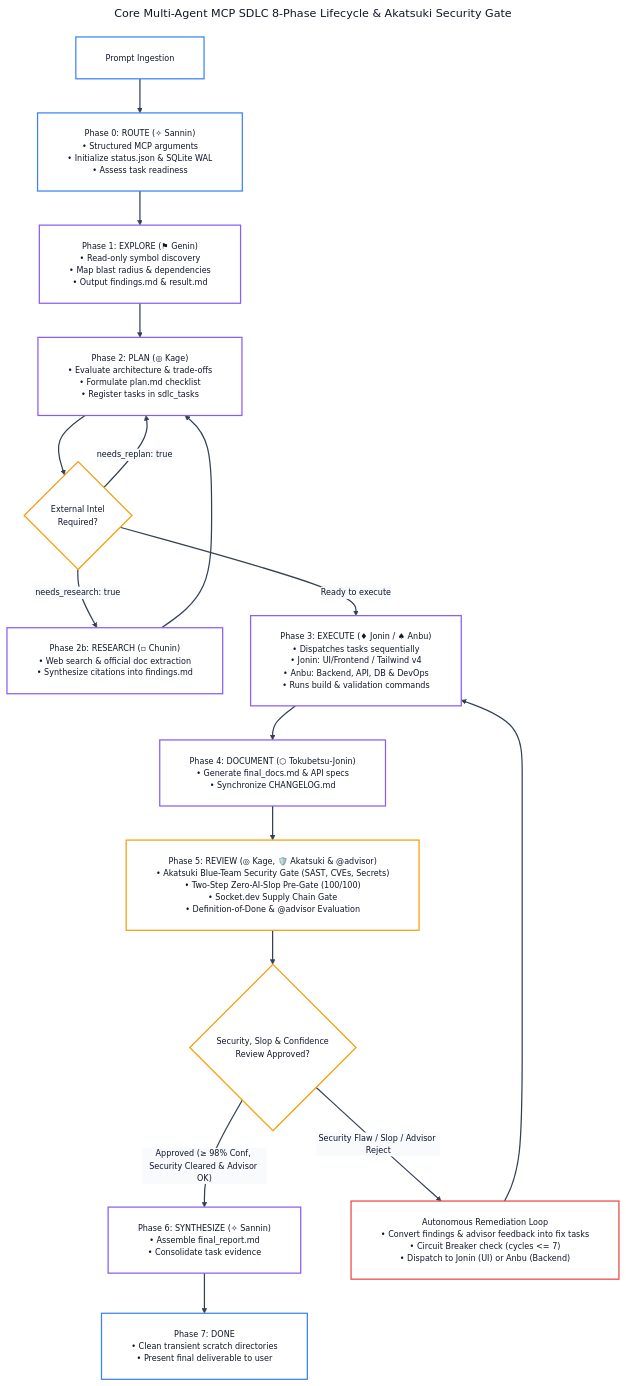
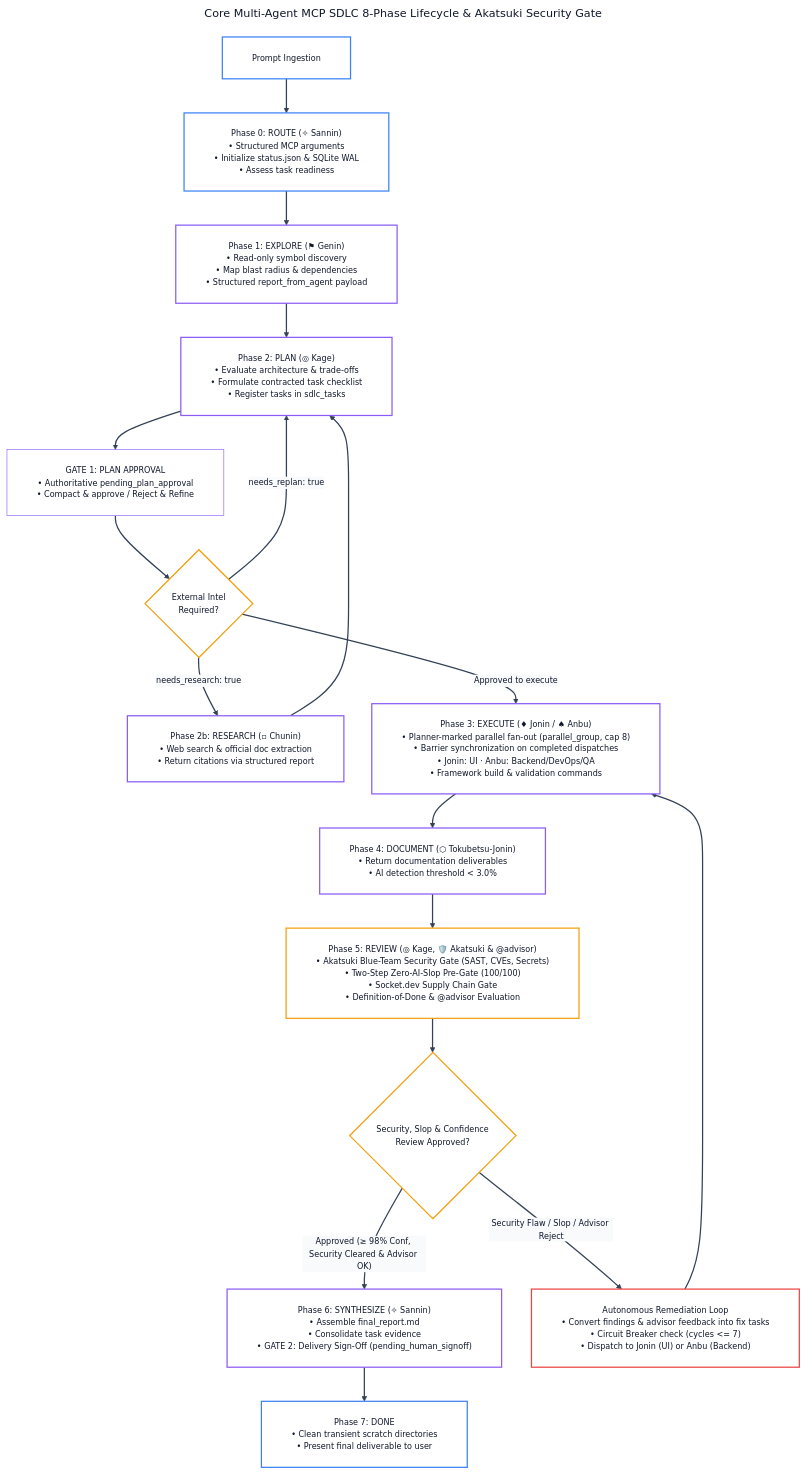
Before and after one commit to andycungkrinx91/konoha: the second of 15 diagrams in docs/ALL-WORKFLOW-DIAGRAMS.md, drawn with Mermaid. The commit also changed 21 other files, not shown here.

Commit message:
chore(release): v2.2.15 - SDLC structured delegation cutover, prompt compaction, and test suite audit

````diff
--- a/docs/ALL-WORKFLOW-DIAGRAMS.md
+++ b/docs/ALL-WORKFLOW-DIAGRAMS.md
@@ -110,58 +110,59 @@
 ```mermaid
 ---
 title: Core Multi-Agent MCP SDLC 8-Phase Lifecycle & Akatsuki Security Gate
 config:
   theme: base
   themeVariables:
     darkMode: false
     background: '#ffffff'
     mainBkg: '#ffffff'
     primaryColor: '#ffffff'
     primaryTextColor: '#0f172a'
     primaryBorderColor: '#8b5cf6'
     lineColor: '#334155'
     arrowheadColor: '#334155'
     secondaryColor: '#f8fafc'
     tertiaryColor: '#ffffff'
     fontFamily: 'Inter, system-ui, -apple-system, sans-serif'
     fontSize: '13px'
   flowchart:
     nodeSpacing: 45
     rankSpacing: 55
     padding: 24
     wrappingWidth: 380
 ---
 flowchart TD
     Init["Prompt Ingestion"] --> Phase0["Phase 0: ROUTE (✧ Sannin)<br/>• Structured MCP arguments<br/>• Initialize status.json &amp; SQLite WAL<br/>• Assess task readiness"]
-    Phase0 --> Phase1["Phase 1: EXPLORE (⚑ Genin)<br/>• Read-only symbol discovery<br/>• Map blast radius &amp; dependencies<br/>• Output findings.md &amp; result.md"]
-    Phase1 --> Phase2["Phase 2: PLAN (◎ Kage)<br/>• Evaluate architecture &amp; trade-offs<br/>• Formulate plan.md checklist<br/>• Register tasks in sdlc_tasks"]
+    Phase0 --> Phase1["Phase 1: EXPLORE (⚑ Genin)<br/>• Read-only symbol discovery<br/>• Map blast radius &amp; dependencies<br/>• Structured report_from_agent payload"]
+    Phase1 --> Phase2["Phase 2: PLAN (◎ Kage)<br/>• Evaluate architecture &amp; trade-offs<br/>• Formulate contracted task checklist<br/>• Register tasks in sdlc_tasks"]
 
-    Phase2 --> CheckResearch{"External Intel<br/>Required?"}
-    CheckResearch -- "needs_research: true" --> Phase2b["Phase 2b: RESEARCH (▫ Chunin)<br/>• Web search &amp; official doc extraction<br/>• Synthesize citations into findings.md"]
+    Phase2 --> Gate1["GATE 1: PLAN APPROVAL<br/>• Authoritative pending_plan_approval<br/>• Compact &amp; approve / Reject &amp; Refine"]
+    Gate1 --> CheckResearch{"External Intel<br/>Required?"}
+    CheckResearch -- "needs_research: true" --> Phase2b["Phase 2b: RESEARCH (▫ Chunin)<br/>• Web search &amp; official doc extraction<br/>• Return citations via structured report"]
     Phase2b --> Phase2
     CheckResearch -- "needs_replan: true" --> Phase2
-    CheckResearch -- "Ready to execute" --> Phase3["Phase 3: EXECUTE (♦ Jonin / ♠ Anbu)<br/>• Dispatches tasks sequentially<br/>• Jonin: UI/Frontend / Tailwind v4<br/>• Anbu: Backend, API, DB &amp; DevOps<br/>• Runs build &amp; validation commands"]
+    CheckResearch -- "Approved to execute" --> Phase3["Phase 3: EXECUTE (♦ Jonin / ♠ Anbu)<br/>• Planner-marked parallel fan-out (parallel_group, cap 8)<br/>• Barrier synchronization on completed dispatches<br/>• Jonin: UI · Anbu: Backend/DevOps/QA<br/>• Framework build &amp; validation commands"]
 
-    Phase3 --> Phase4["Phase 4: DOCUMENT (⬡ Tokubetsu-Jonin)<br/>• Generate final_docs.md &amp; API specs<br/>• Synchronize CHANGELOG.md"]
+    Phase3 --> Phase4["Phase 4: DOCUMENT (⬡ Tokubetsu-Jonin)<br/>• Return documentation deliverables<br/>• AI detection threshold &lt; 3.0%"]
     Phase4 --> Phase5["Phase 5: REVIEW (◎ Kage, 🛡️ Akatsuki &amp; @advisor)<br/>• Akatsuki Blue-Team Security Gate (SAST, CVEs, Secrets)<br/>• Two-Step Zero-AI-Slop Pre-Gate (100/100)<br/>• Socket.dev Supply Chain Gate<br/>• Definition-of-Done &amp; @advisor Evaluation"]
 
     Phase5 --> CheckReview{"Security, Slop &amp; Confidence<br/>Review Approved?"}
-    CheckReview -- "Approved (≥ 98% Conf, Security Cleared &amp; Advisor OK)" --> Phase6["Phase 6: SYNTHESIZE (✧ Sannin)<br/>• Assemble final_report.md<br/>• Consolidate task evidence"]
+    CheckReview -- "Approved (≥ 98% Conf, Security Cleared &amp; Advisor OK)" --> Phase6["Phase 6: SYNTHESIZE (✧ Sannin)<br/>• Assemble final_report.md<br/>• Consolidate task evidence<br/>• GATE 2: Delivery Sign-Off (pending_human_signoff)"]
     Phase6 --> Phase7["Phase 7: DONE<br/>• Clean transient scratch directories<br/>• Present final deliverable to user"]
 
     CheckReview -- "Security Flaw / Slop / Advisor Reject" --> Remediation["Autonomous Remediation Loop<br/>• Convert findings &amp; advisor feedback into fix tasks<br/>• Circuit Breaker check (cycles &lt;= 7)<br/>• Dispatch to Jonin (UI) or Anbu (Backend)"]
     Remediation --> Phase3
 
     linkStyle default stroke:#334155,stroke-width:2px;
 
     classDef routeNode fill:#ffffff,stroke:#3b82f6,color:#0f172a,stroke-width:2px;
     classDef executeNode fill:#ffffff,stroke:#8b5cf6,color:#0f172a,stroke-width:2px;
     classDef reviewNode fill:#ffffff,stroke:#f59e0b,color:#0f172a,stroke-width:2px;
     classDef failNode fill:#ffffff,stroke:#ef4444,color:#0f172a,stroke-width:2px;
     classDef passNode fill:#ffffff,stroke:#10b981,color:#0f172a,stroke-width:2px;
 
     class Init,Phase0,Phase7 routeNode;
     class Phase1,Phase2,Phase2b,Phase3,Phase4,Phase6 executeNode;
     class Phase5,CheckReview,CheckResearch reviewNode;
     class Remediation failNode;
 ```
````
